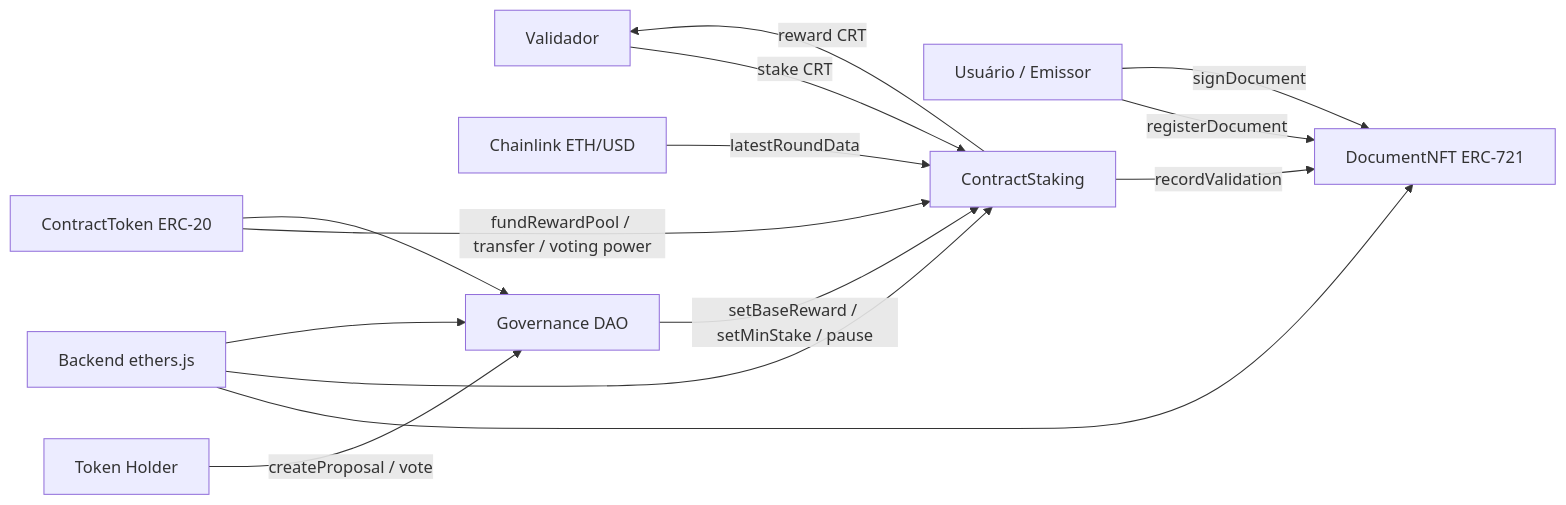
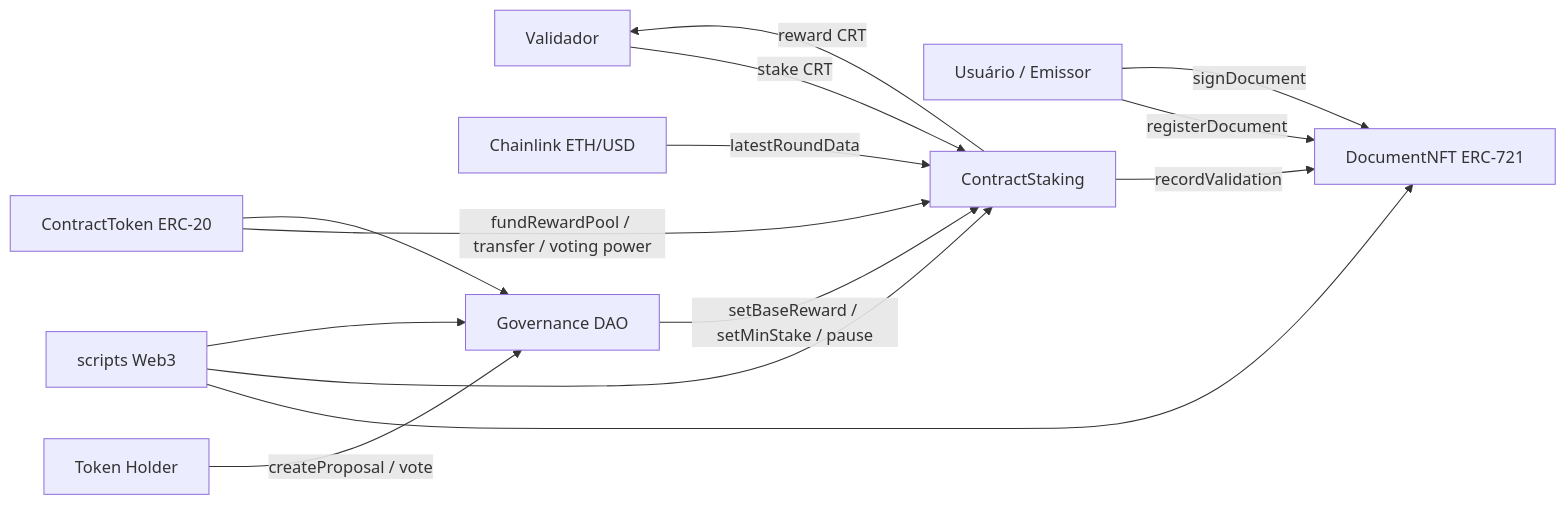
One commit to RochaCAO/mvp-contratos-web3 changed the diagram in README.md. Above: the diagram before and after it, drawn with Mermaid.

Commit message:
Ajuste na seção arquitetura do README

````diff
--- a/README.md
+++ b/README.md
@@ -30,16 +30,16 @@
 ```mermaid
 flowchart LR
     A[Usuário / Emissor] -->|registerDocument| B[DocumentNFT ERC-721]
     A -->|signDocument| B
     C[Validador] -->|stake CRT| D[ContractStaking]
     D -->|recordValidation| B
     D -->|reward CRT| C
     E[Chainlink ETH/USD] -->|latestRoundData| D
     F[Token Holder] -->|createProposal / vote| G[Governance DAO]
     G -->|setBaseReward / setMinStake / pause| D
-    H[Backend ethers.js] --> B
+    H[scripts Web3] --> B
     H --> D
     H --> G
     I[ContractToken ERC-20] -->|fundRewardPool / transfer / voting power| D
     I --> G
 ```
````
